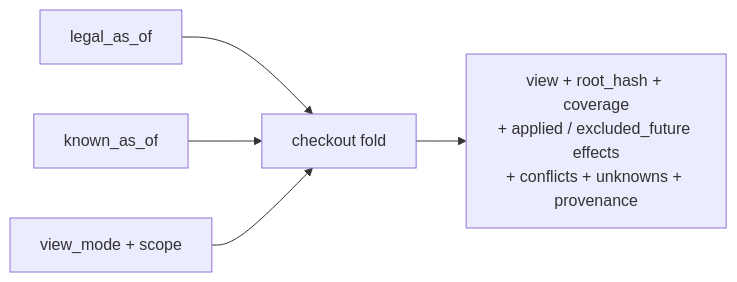
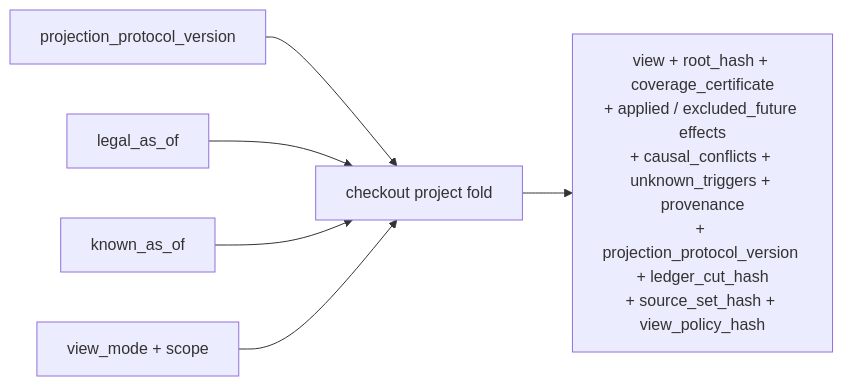
The third of 3 diagrams in prd/architecture/model-crystal.md (rager306/law-nexus), drawn with Mermaid before and after one commit. The commit also changed other lines of this file and 3 other files, not shown here.

````diff
--- a/prd/architecture/model-crystal.md
+++ b/prd/architecture/model-crystal.md
@@ -259,7 +271,8 @@
 ```mermaid
 flowchart LR
-    LA["legal_as_of"] --> C["checkout fold"]
+    PV["projection_protocol_version"] --> C["checkout project fold"]
+    LA["legal_as_of"] --> C
     KA["known_as_of"] --> C
     VM["view_mode + scope"] --> C
-    C --> OUT["view + root_hash + coverage<br/>+ applied / excluded_future effects<br/>+ conflicts + unknowns + provenance"]
+    C --> OUT["view + root_hash + coverage_certificate<br/>+ applied / excluded_future effects<br/>+ causal_conflicts + unknown_triggers + provenance<br/>+ projection_protocol_version + ledger_cut_hash<br/>+ source_set_hash + view_policy_hash"]
 ```
````
